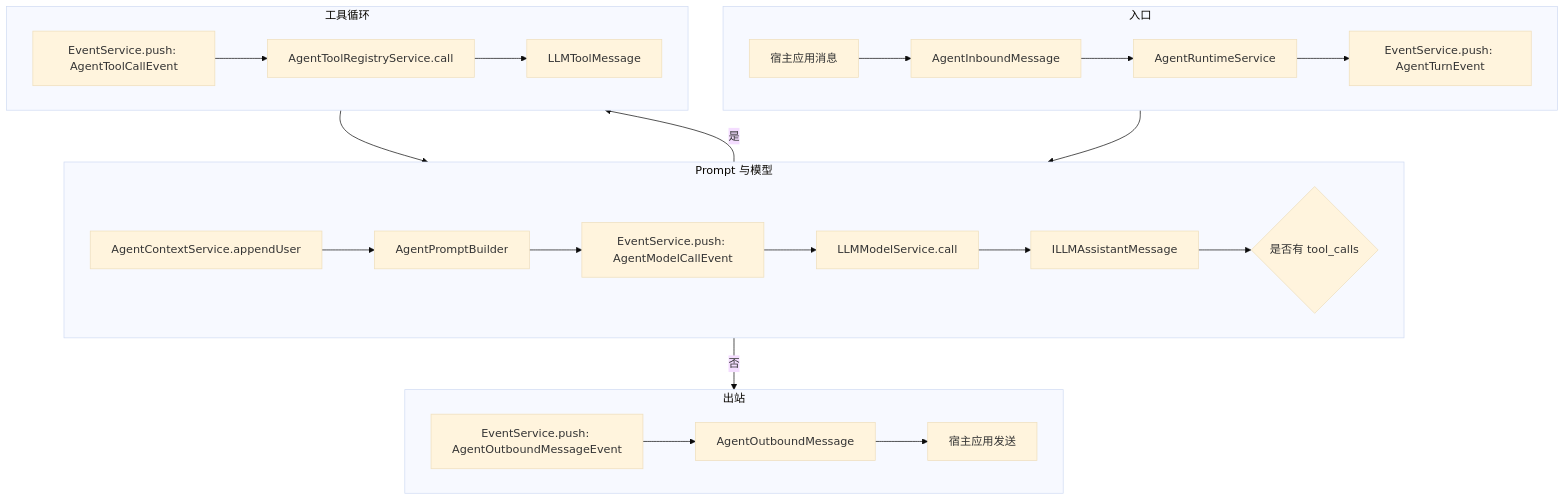
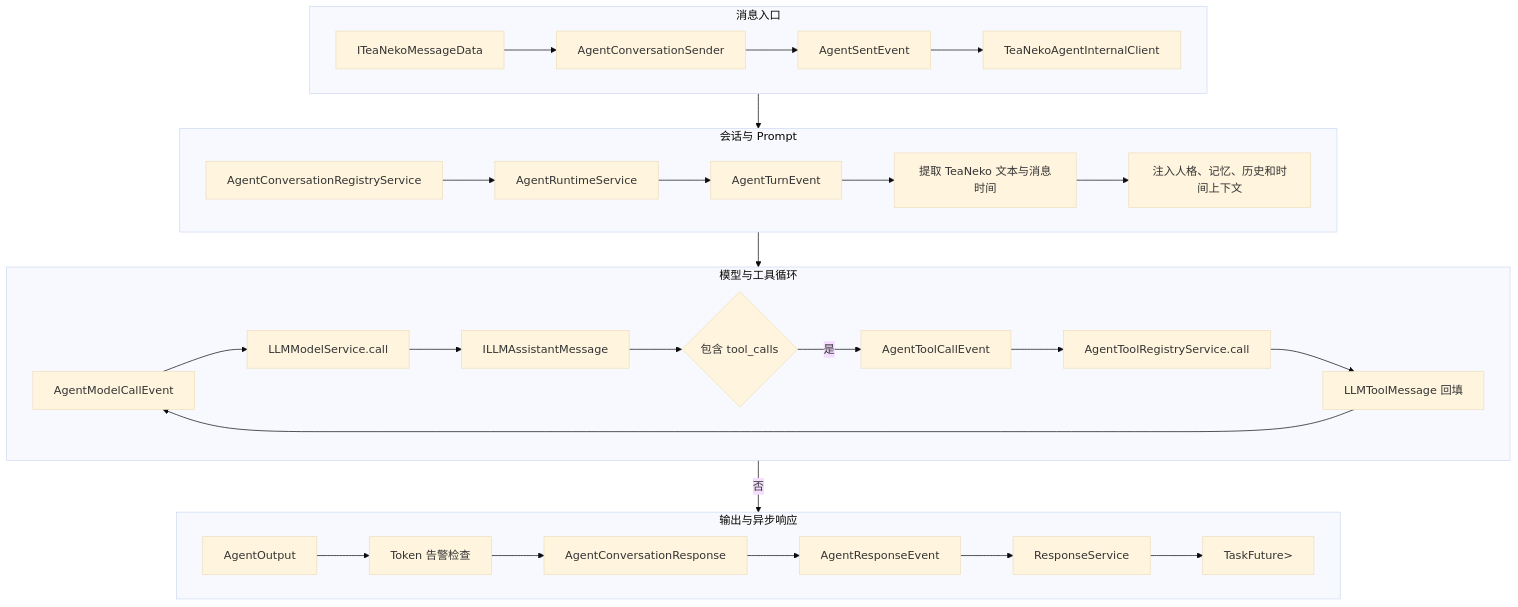
One commit to Tea-Neko-Party/TeaNeko-App changed the first of 2 diagrams in src/main/java/org/zexnocs/teanekoagent/README.md. Above: the diagram before and after it, drawn with Mermaid (base theme). The commit also changed other lines of this file and 4 other files, not shown here.

````diff
--- a/src/main/java/org/zexnocs/teanekoagent/README.md
+++ b/src/main/java/org/zexnocs/teanekoagent/README.md
@@ -34,35 +48,41 @@
 ```mermaid
 flowchart TB
-    subgraph INPUT["入口"]
+    subgraph INPUT["消息入口"]
         direction LR
-        A["宿主应用消息"] --> B["AgentInboundMessage"]
-        B --> C["AgentRuntimeService"]
-        C --> D["EventService.push: AgentTurnEvent"]
+        A["ITeaNekoMessageData"] --> B["AgentConversationSender"]
+        B --> C["AgentSentEvent"]
+        C --> D["TeaNekoAgentInternalClient"]
     end
 
-    subgraph PROMPT["Prompt 与模型"]
+    subgraph CONTEXT["会话与 Prompt"]
         direction LR
-        E["AgentContextService.appendUser"] --> F["AgentPromptBuilder"]
-        F --> G["EventService.push: AgentModelCallEvent"]
-        G --> H["LLMModelService.call"]
-        H --> I["ILLMAssistantMessage"]
-        I --> J{"是否有 tool_calls"}
+        E["AgentConversationRegistryService"] --> F["AgentRuntimeService"]
+        F --> G["AgentTurnEvent"]
+        G --> H["提取 TeaNeko 文本与消息时间"]
+        H --> I["注入人格、记忆、历史和时间上下文"]
     end
 
-    subgraph TOOL["工具循环"]
+    subgraph LOOP["模型与工具循环"]
         direction LR
-        K["EventService.push: AgentToolCallEvent"] --> L["AgentToolRegistryService.call"]
-        L --> M["LLMToolMessage"]
+        J["AgentModelCallEvent"] --> K["LLMModelService.call"]
+        K --> L["ILLMAssistantMessage"]
+        L --> M{"包含 tool_calls"}
+        M -->|是| N["AgentToolCallEvent"]
+        N --> O["AgentToolRegistryService.call"]
+        O --> P["LLMToolMessage 回填"]
+        P --> J
     end
 
-    subgraph OUTPUT["出站"]
+    subgraph OUTPUT["输出与异步响应"]
         direction LR
-        N["EventService.push: AgentOutboundMessageEvent"] --> O["AgentOutboundMessage"]
-        O --> P["宿主应用发送"]
+        Q["AgentOutput"] --> R["Token 告警检查"]
+        R --> S["AgentConversationResponse"]
+        S --> T["AgentResponseEvent"]
+        T --> U["ResponseService"]
+        U --> V["TaskFuture<ITaskResult<R>>"]
     end
 
     D --> E
-    J -- 是 --> K
-    M --> F
-    J -- 否 --> N
+    I --> J
+    M -->|否| Q
 ```
````
